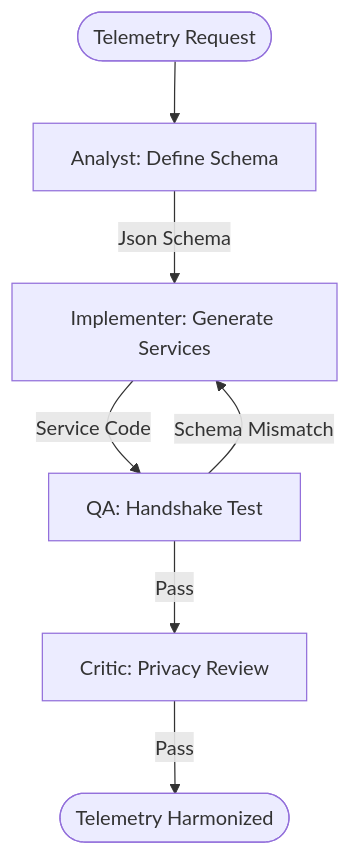
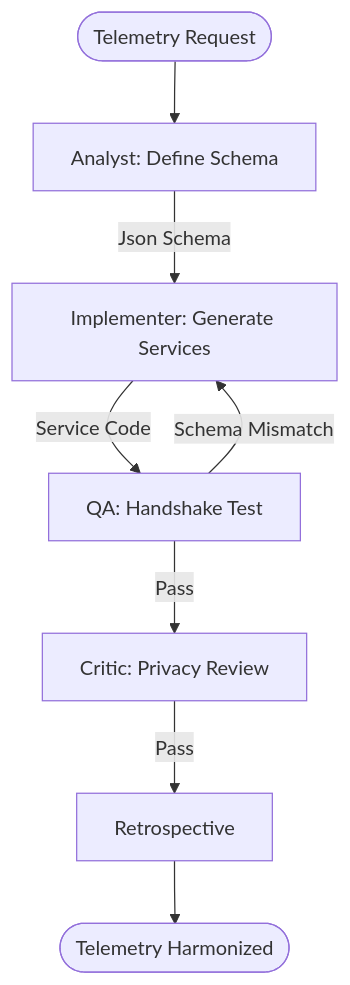
The diagram in custom-agents/workflows/core/GeoTelemetry.workflow.md (seanspiesman/Agents-and-Workflows), drawn with Mermaid before and after one commit. The commit also changed other lines of this file and 38 other files, not shown here.

````diff
--- a/custom-agents/workflows/core/GeoTelemetry.workflow.md
+++ b/custom-agents/workflows/core/GeoTelemetry.workflow.md
@@ -58,9 +66,10 @@
 ```mermaid
 flowchart TD
     Start([Telemetry Request]) --> P1[Analyst: Define Schema]
     P1 -->|Json Schema| P2[Implementer: Generate Services]
     P2 -->|Service Code| P3[QA: Handshake Test]
     P3 -->|Schema Mismatch| P2
     P3 -->|Pass| P4[Critic: Privacy Review]
-    P4 -->|Pass| End([Telemetry Harmonized])
+    P4 -->|Pass| P5[Retrospective]
+    P5 --> End([Telemetry Harmonized])
 ```
````
